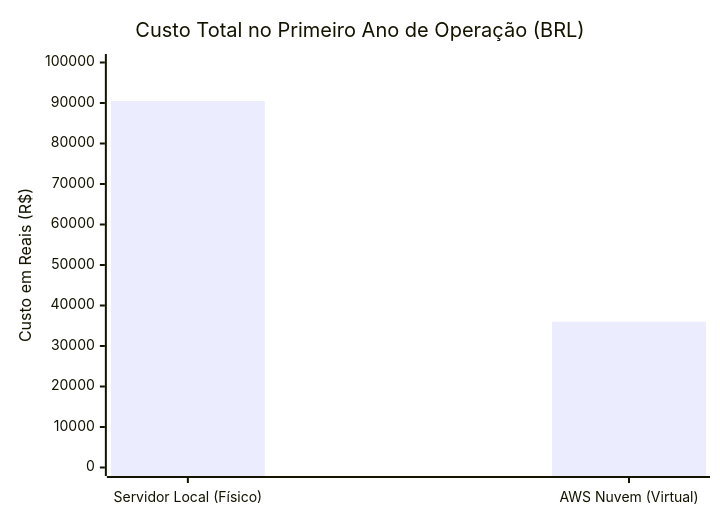
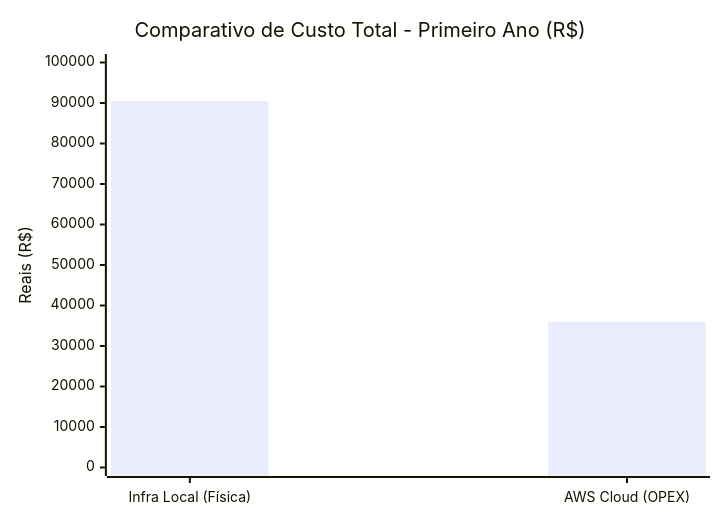
Before and after one commit to Darw7nn/Aula-S.O: the second of 3 diagrams in ESTUDO DE CASO.md, drawn with Mermaid. The commit also changed other lines of this file, not shown here.

Commit message:
Revise case study document for cloud modernization

````diff
--- a/ESTUDO DE CASO.md
+++ b/ESTUDO DE CASO.md
@@ -129,7 +107,7 @@
 ```mermaid
 xychart-beta
-    title "Custo Total no Primeiro Ano de Operação (BRL)"
-    x-axis ["Servidor Local (Físico)", "AWS Nuvem (Virtual)"]
-    y-axis "Custo em Reais (R$)" 0 --> 100000
+    title "Comparativo de Custo Total - Primeiro Ano (R$)"
+    x-axis ["Infra Local (Física)", "AWS Cloud (OPEX)"]
+    y-axis "Reais (R$)" 0 --> 100000
     bar [90500, 36000]
 ```
````
